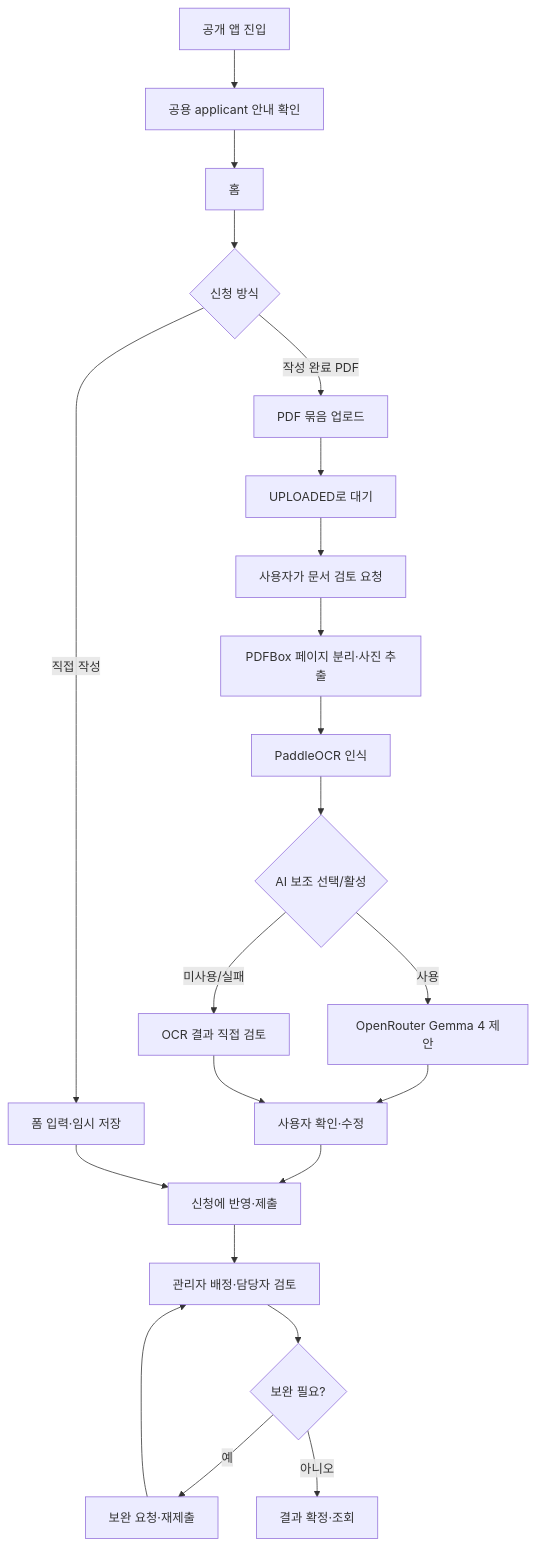
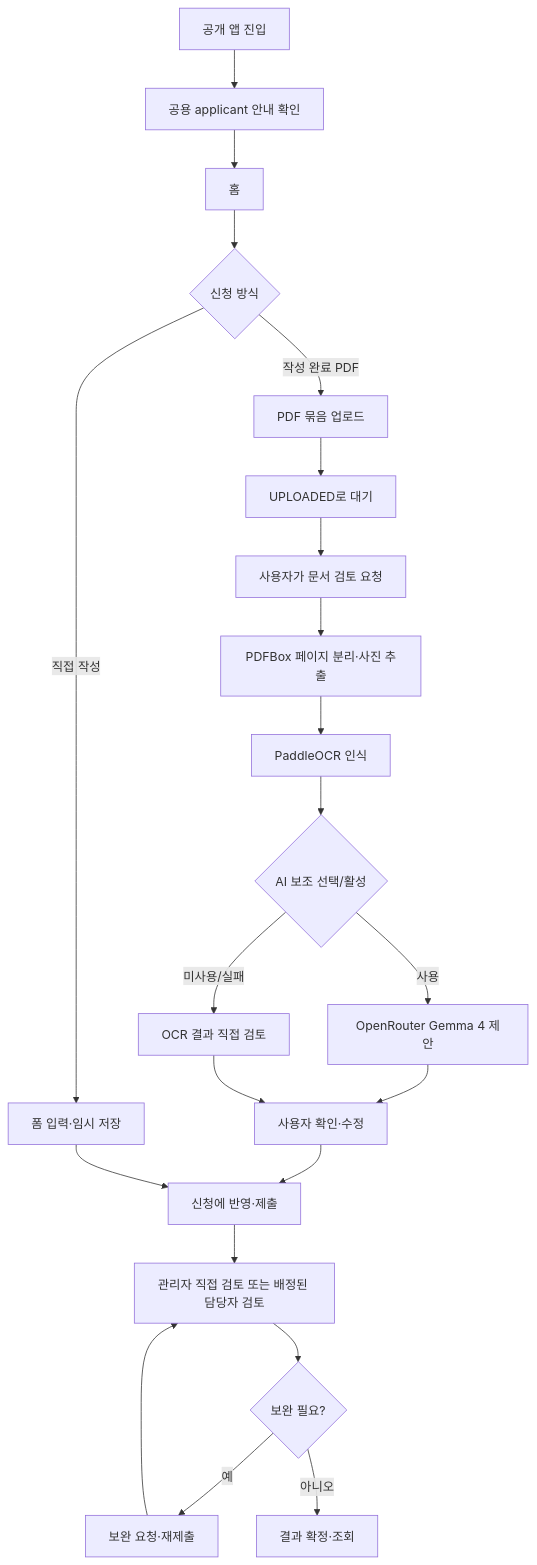
One commit to sangwon0707/maeum-support-portal changed the diagram in .docs/02-업무흐름도.md. Above: the diagram before and after it, drawn with Mermaid. The commit also changed 19 other files, not shown here.

````diff
--- a/.docs/02-업무흐름도.md
+++ b/.docs/02-업무흐름도.md
@@ -7,24 +7,24 @@
 ```mermaid
 flowchart TD
  A[공개 앱 진입] --> B[공용 applicant 안내 확인]
  B --> C[홈]
  C --> D{신청 방식}
  D -->|직접 작성| E[폼 입력·임시 저장]
  D -->|작성 완료 PDF| F[PDF 묶음 업로드]
  F --> G[UPLOADED로 대기]
  G --> H[사용자가 문서 검토 요청]
  H --> I[PDFBox 페이지 분리·사진 추출]
  I --> J[PaddleOCR 인식]
  J --> K{AI 보조 선택/활성}
  K -->|사용| L[OpenRouter Gemma 4 제안]
  K -->|미사용/실패| M[OCR 결과 직접 검토]
  L --> N[사용자 확인·수정]
  M --> N
  N --> O[신청에 반영·제출]
  E --> O
- O --> P[관리자 배정·담당자 검토]
+ O --> P[관리자 직접 검토 또는 배정된 담당자 검토]
  P --> Q{보완 필요?}
  Q -->|예| R[보완 요청·재제출]
  Q -->|아니오| S[결과 확정·조회]
  R --> P
 ```
````
